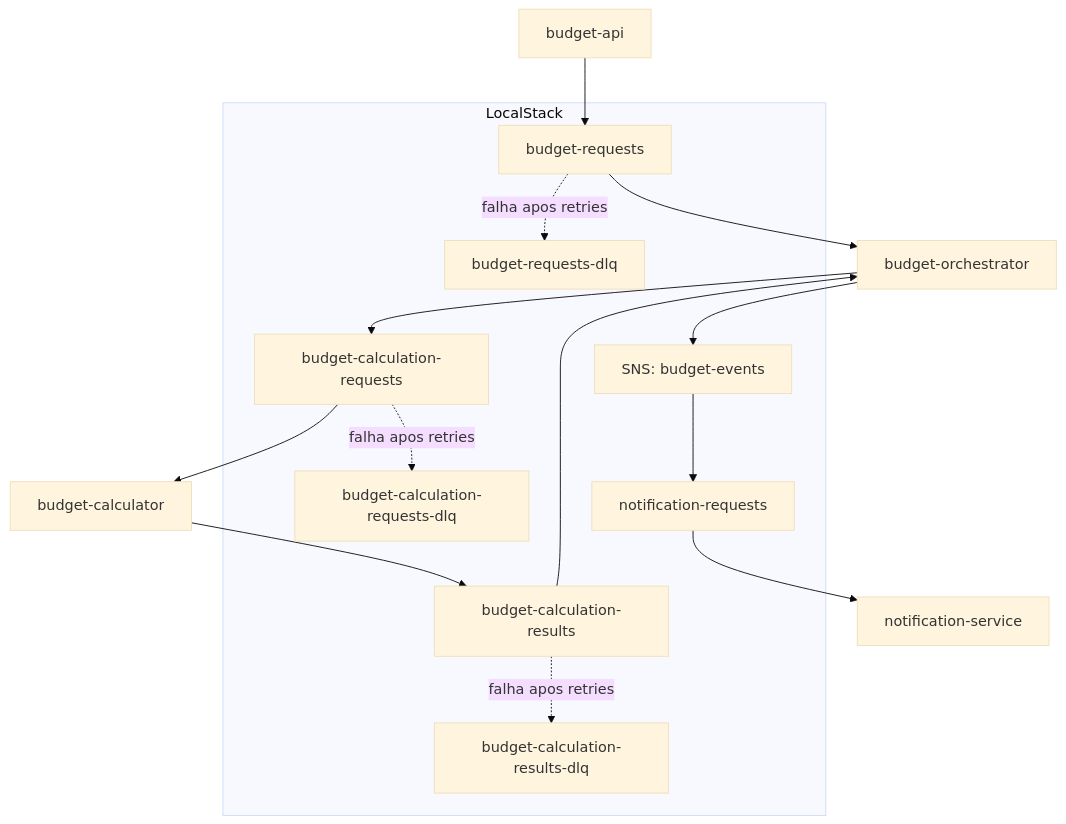
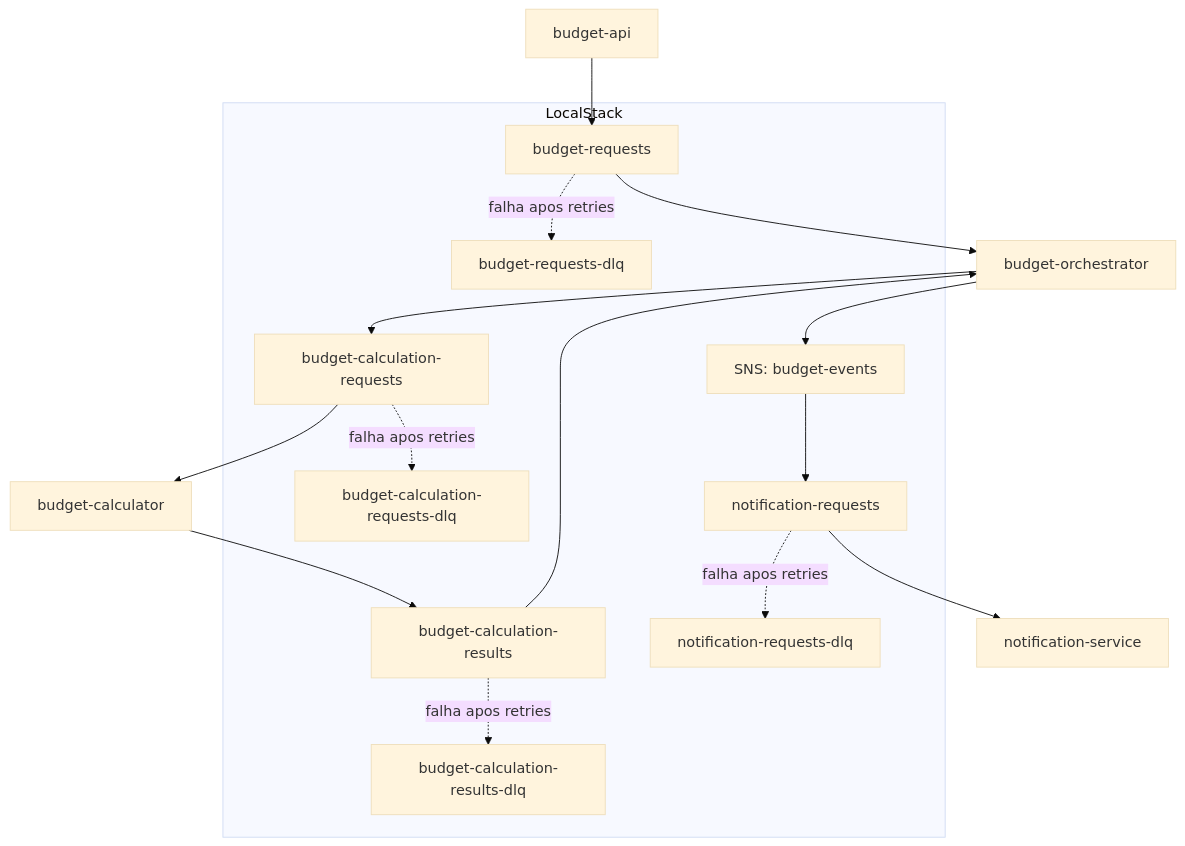
The third of 4 diagrams in README.md (RicardoRAlves/Orcamento_Microservice), drawn with Mermaid (base theme) before and after one commit. The commit also changed other lines of this file and 10 other files, not shown here.

````diff
--- a/README.md
+++ b/README.md
@@ -204,26 +208,28 @@
 ```mermaid
 flowchart TB
     subgraph LocalStack
         BR[budget-requests]
         BRDLQ[budget-requests-dlq]
         CR[budget-calculation-requests]
         CRDLQ[budget-calculation-requests-dlq]
         RS[budget-calculation-results]
         RSDLQ[budget-calculation-results-dlq]
         BE[SNS: budget-events]
         NR[notification-requests]
+        NRDLQ[notification-requests-dlq]
     end
 
     API[budget-api] --> BR
     BR --> Orchestrator[budget-orchestrator]
     BR -. falha apos retries .-> BRDLQ
     Orchestrator --> CR
     CR --> Calculator[budget-calculator]
     CR -. falha apos retries .-> CRDLQ
     Calculator --> RS
     RS --> Orchestrator
     RS -. falha apos retries .-> RSDLQ
     Orchestrator --> BE
     BE --> NR
     NR --> Notifications[notification-service]
+    NR -. falha apos retries .-> NRDLQ
 ```
````
